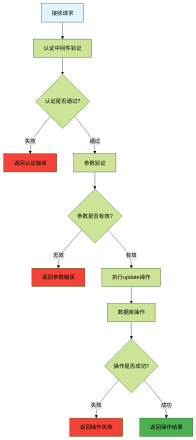
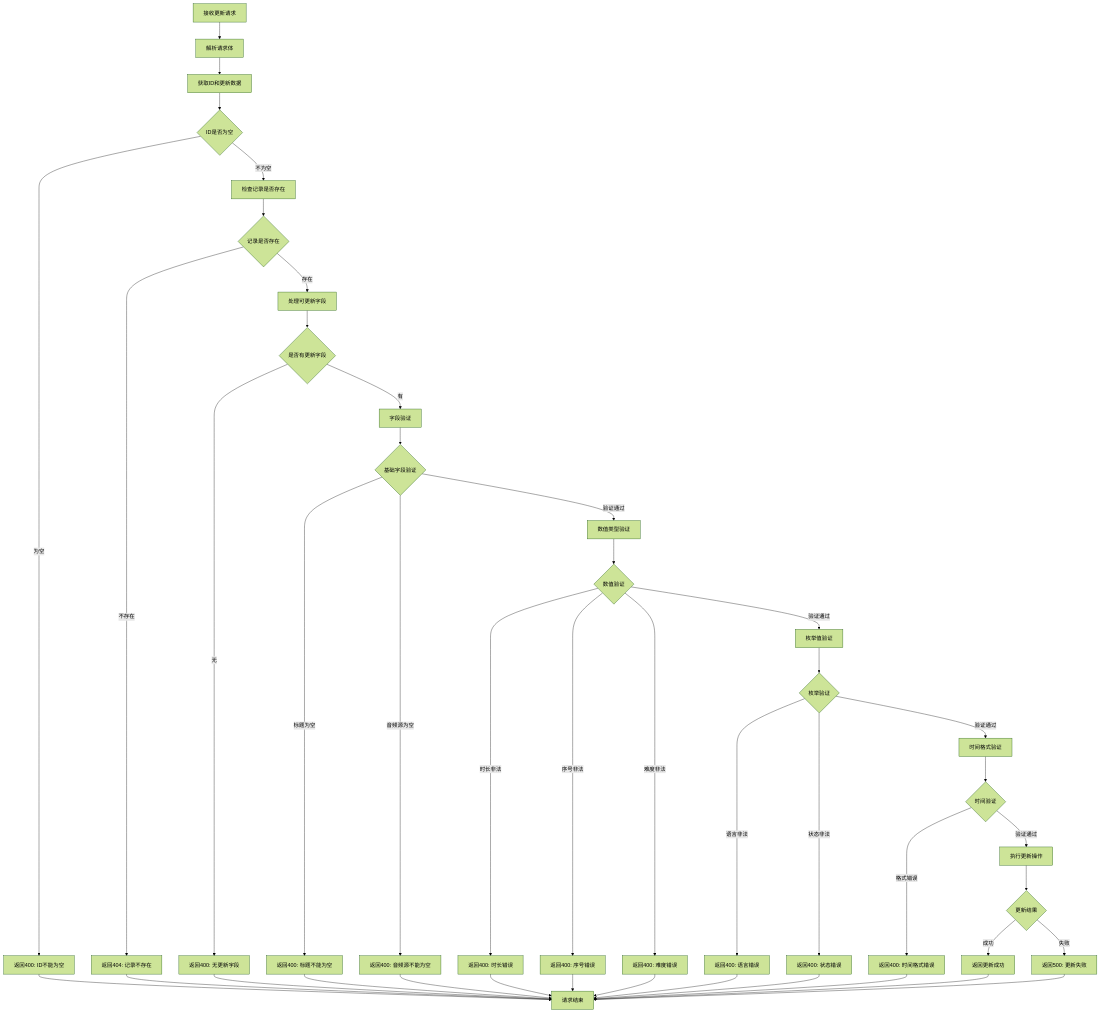
The diagram in ikanyue.mapi.hono/src/routes/audioMaterial/update.js.md (imatrixme/ikanyue), drawn with Mermaid (forest theme) before and after one commit. The commit also changed other lines of this file and 8 other files, not shown here.

````diff
--- a/ikanyue.mapi.hono/src/routes/audioMaterial/update.js.md
+++ b/ikanyue.mapi.hono/src/routes/audioMaterial/update.js.md
@@ -8,20 +9,46 @@
 ```mermaid
 flowchart TD
-    A[接收请求] --> B[认证中间件验证]
-    B --> C{认证是否通过?}
-    C -->|失败| D[返回认证错误]
-    C -->|通过| E[参数验证]
-    E --> F{参数是否有效?}
-    F -->|无效| G[返回参数错误]
-    F -->|有效| H[执行update操作]
-    H --> I[数据库操作]
-    I --> J{操作是否成功?}
-    J -->|失败| K[返回操作失败]
-    J -->|成功| L[返回操作结果]
-    
-    style A fill:#e1f5fe
-    style L fill:#4caf50
-    style D fill:#f44336
-    style G fill:#f44336
-    style K fill:#f44336
+    A[接收更新请求] --> B[解析请求体]
+    B --> C[获取ID和更新数据]
+    C --> D{ID是否为空}
+    D -->|为空| E[返回400: ID不能为空]
+    D -->|不为空| F[检查记录是否存在]
+    F --> G{记录是否存在}
+    G -->|不存在| H[返回404: 记录不存在]
+    G -->|存在| I[处理可更新字段]
+    I --> J{是否有更新字段}
+    J -->|无| K[返回400: 无更新字段]
+    J -->|有| L[字段验证]
+    L --> M{基础字段验证}
+    M -->|标题为空| N[返回400: 标题不能为空]
+    M -->|音频源为空| O[返回400: 音频源不能为空]
+    M -->|验证通过| P[数值类型验证]
+    P --> Q{数值验证}
+    Q -->|时长非法| R[返回400: 时长错误]
+    Q -->|序号非法| S[返回400: 序号错误]
+    Q -->|难度非法| T[返回400: 难度错误]
+    Q -->|验证通过| U[枚举值验证]
+    U --> V{枚举验证}
+    V -->|语言非法| W[返回400: 语言错误]
+    V -->|状态非法| X[返回400: 状态错误]
+    V -->|验证通过| Y[时间格式验证]
+    Y --> Z{时间验证}
+    Z -->|格式错误| AA[返回400: 时间格式错误]
+    Z -->|验证通过| BB[执行更新操作]
+    BB --> CC{更新结果}
+    CC -->|成功| DD[返回更新成功]
+    CC -->|失败| EE[返回500: 更新失败]
+    E --> FF[请求结束]
+    H --> FF
+    K --> FF
+    N --> FF
+    O --> FF
+    R --> FF
+    S --> FF
+    T --> FF
+    W --> FF
+    X --> FF
+    AA --> FF
+    DD --> FF
+    EE --> FF
 ```
````
